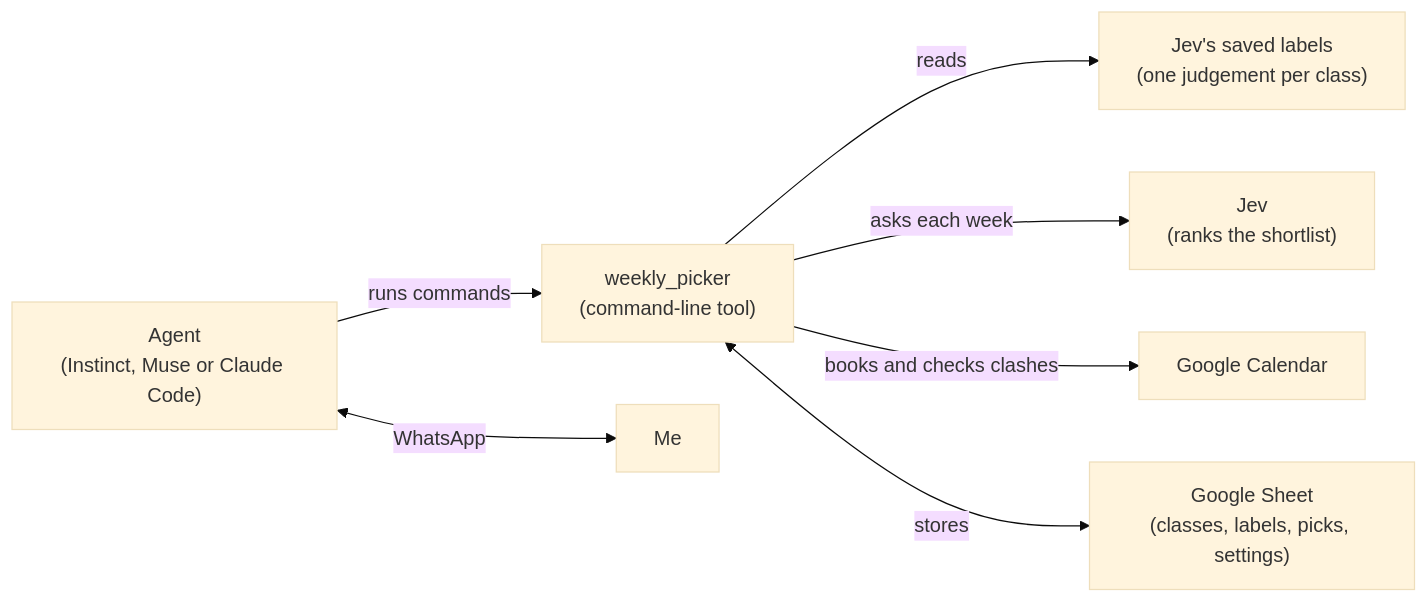
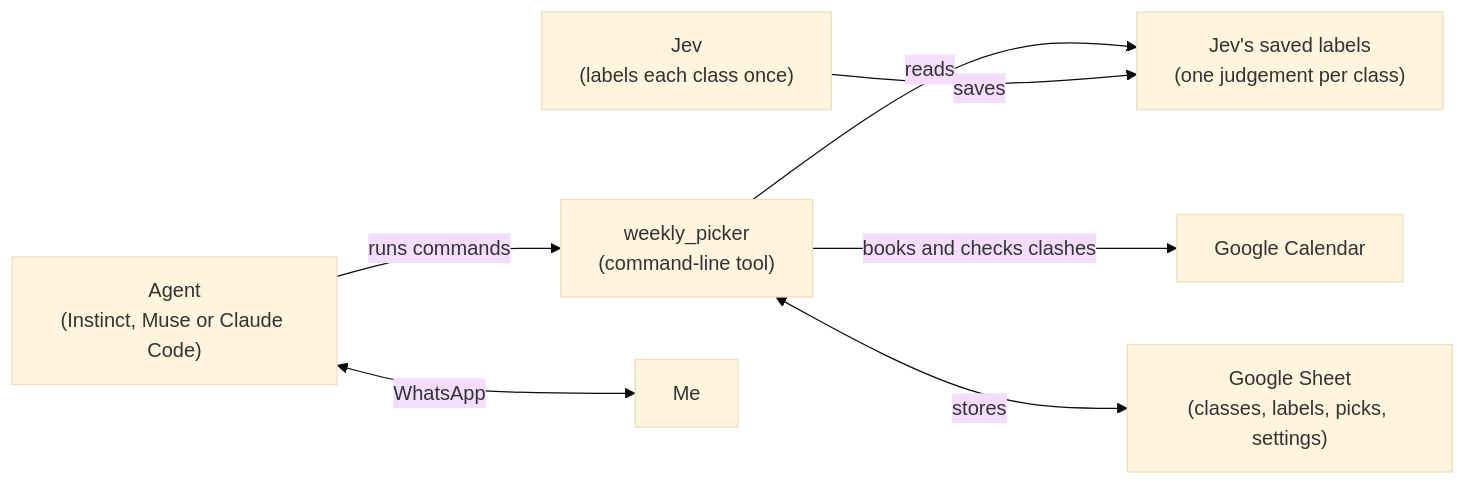
Before and after one commit to HoopieUX/weekly-fitness-class-picker: the first of 2 diagrams in README.md, drawn with Mermaid (base theme). The commit also changed other lines of this file and 10 other files, not shown here.

First line of the commit message:
feat: Jev labels once, the weekly run never calls it

````diff
--- a/README.md
+++ b/README.md
@@ -22,9 +22,9 @@
 ```mermaid
 flowchart LR
     A["Agent<br/>(Instinct, Muse or Claude Code)"] -->|runs commands| P["weekly_picker<br/>(command-line tool)"]
     P -->|reads| L["Jev's saved labels<br/>(one judgement per class)"]
-    P -->|asks each week| J["Jev<br/>(ranks the shortlist)"]
+    J["Jev<br/>(labels each class once)"] -->|saves| L
     P -->|books and checks clashes| C["Google Calendar"]
     P <-->|stores| S["Google Sheet<br/>(classes, labels, picks, settings)"]
     A <-->|WhatsApp| Me["Me"]
 ```
````
